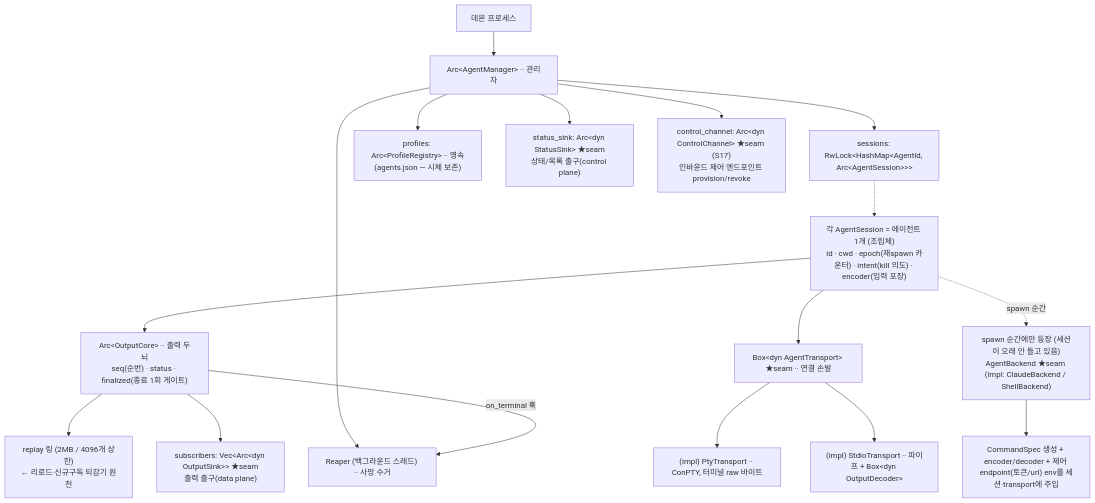
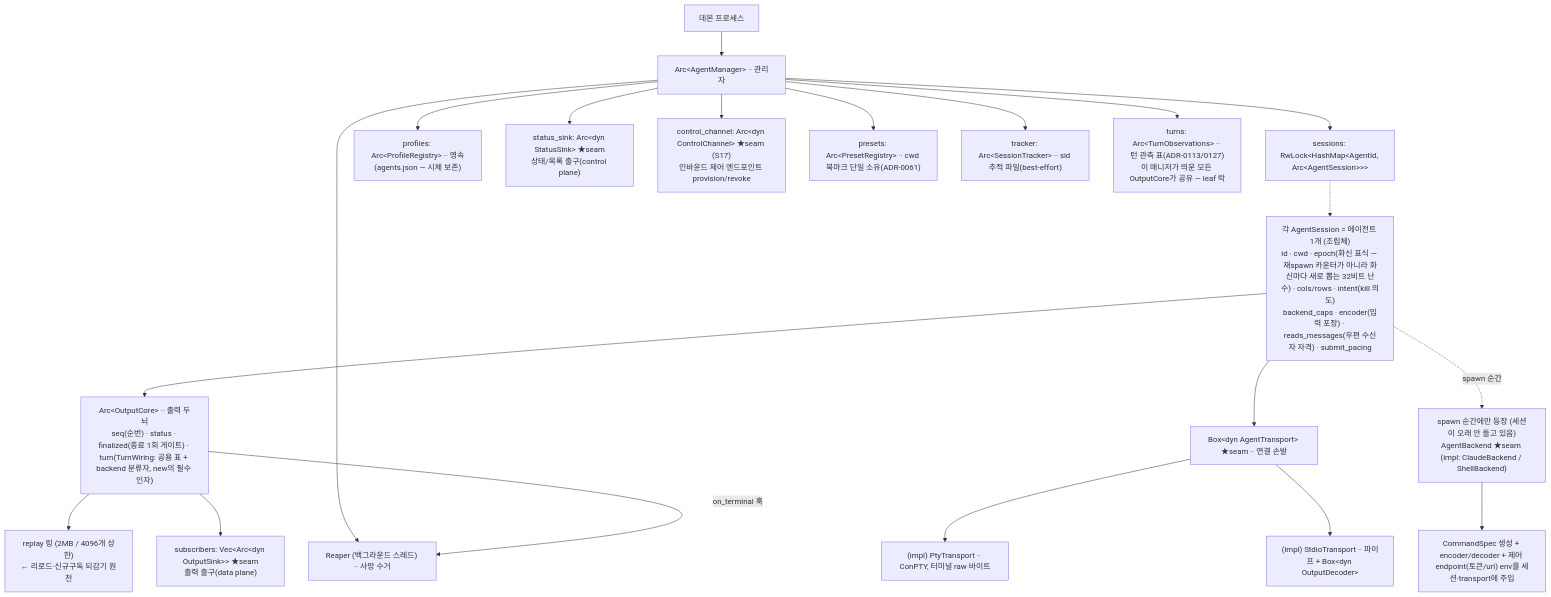
The fourth of 20 diagrams in docs/reference/architecture-overview.md (kimsunzun/engram-dashboard), drawn with Mermaid before and after one commit. The commit also changed other lines of this file and 2 other files, not shown here.

````diff
--- a/docs/reference/architecture-overview.md
+++ b/docs/reference/architecture-overview.md
@@ -186,27 +203,30 @@
 ```mermaid
 flowchart TD
   DP["데몬 프로세스"]
   AM["Arc&lt;AgentManager&gt; ·· 관리자"]
   DP --> AM
   AM --> SES["sessions: RwLock&lt;HashMap&lt;AgentId, Arc&lt;AgentSession&gt;&gt;&gt;"]
   AM --> PR["profiles: Arc&lt;ProfileRegistry&gt; ·· 영속(agents.json — 시체 보존)"]
   AM --> SS["status_sink: Arc&lt;dyn StatusSink&gt; ★seam<br/>상태/목록 출구(control plane)"]
   AM --> CC["control_channel: Arc&lt;dyn ControlChannel&gt; ★seam (S17)<br/>인바운드 제어 엔드포인트 provision/revoke"]
   AM --> RP["Reaper (백그라운드 스레드) ·· 사망 수거"]
+  AM --> PS["presets: Arc&lt;PresetRegistry&gt; ·· cwd 북마크 단일 소유(ADR-0061)"]
+  AM --> TR["tracker: Arc&lt;SessionTracker&gt; ·· sid 추적 파일(best-effort)"]
+  AM --> TT["turns: Arc&lt;TurnObservations&gt; ·· 턴 관측 표(ADR-0113/0127)<br/>이 매니저가 띄운 모든 OutputCore가 공유 — leaf 락"]
 
-  AS["각 AgentSession = 에이전트 1개 (조립체)<br/>id · cwd · epoch(재spawn 카운터) · intent(kill 의도) · encoder(입력 포장)"]
+  AS["각 AgentSession = 에이전트 1개 (조립체)<br/>id · cwd · epoch(화신 표식 — 재spawn 카운터가 아니라 화신마다 새로 뽑는 32비트 난수) · cols/rows · intent(kill 의도)<br/>backend_caps · encoder(입력 포장) · reads_messages(우편 수신자 자격) · submit_pacing"]
   SES -.-> AS
 
-  AS --> OC["Arc&lt;OutputCore&gt; ·· 출력 두뇌<br/>seq(순번) · status · finalized(종료 1회 게이트)"]
+  AS --> OC["Arc&lt;OutputCore&gt; ·· 출력 두뇌<br/>seq(순번) · status · finalized(종료 1회 게이트) · turn(TurnWiring: 공용 표 + backend 분류자, new의 필수 인자)"]
   OC --> RING["replay 링 (2MB / 4096개 상한)<br/>← 리로드·신규구독 되감기 원천"]
   OC --> SUB["subscribers: Vec&lt;Arc&lt;dyn OutputSink&gt;&gt; ★seam<br/>출력 출구(data plane)"]
   OC -->|"on_terminal 훅"| RP
 
   AS --> TRANS["Box&lt;dyn AgentTransport&gt; ★seam ·· 연결 손발"]
   TRANS --> PTY["(impl) PtyTransport ·· ConPTY, 터미널 raw 바이트"]
   TRANS --> STDIO["(impl) StdioTransport ·· 파이프 + Box&lt;dyn OutputDecoder&gt;"]
 
   BK["spawn 순간에만 등장 (세션이 오래 안 들고 있음)<br/>AgentBackend ★seam (impl: ClaudeBackend / ShellBackend)"]
   BK --> BKspec["CommandSpec 생성 + encoder/decoder + 제어 endpoint(토큰/url) env를 세션·transport에 주입"]
   AS -.->|"spawn 순간"| BK
 ```
````
